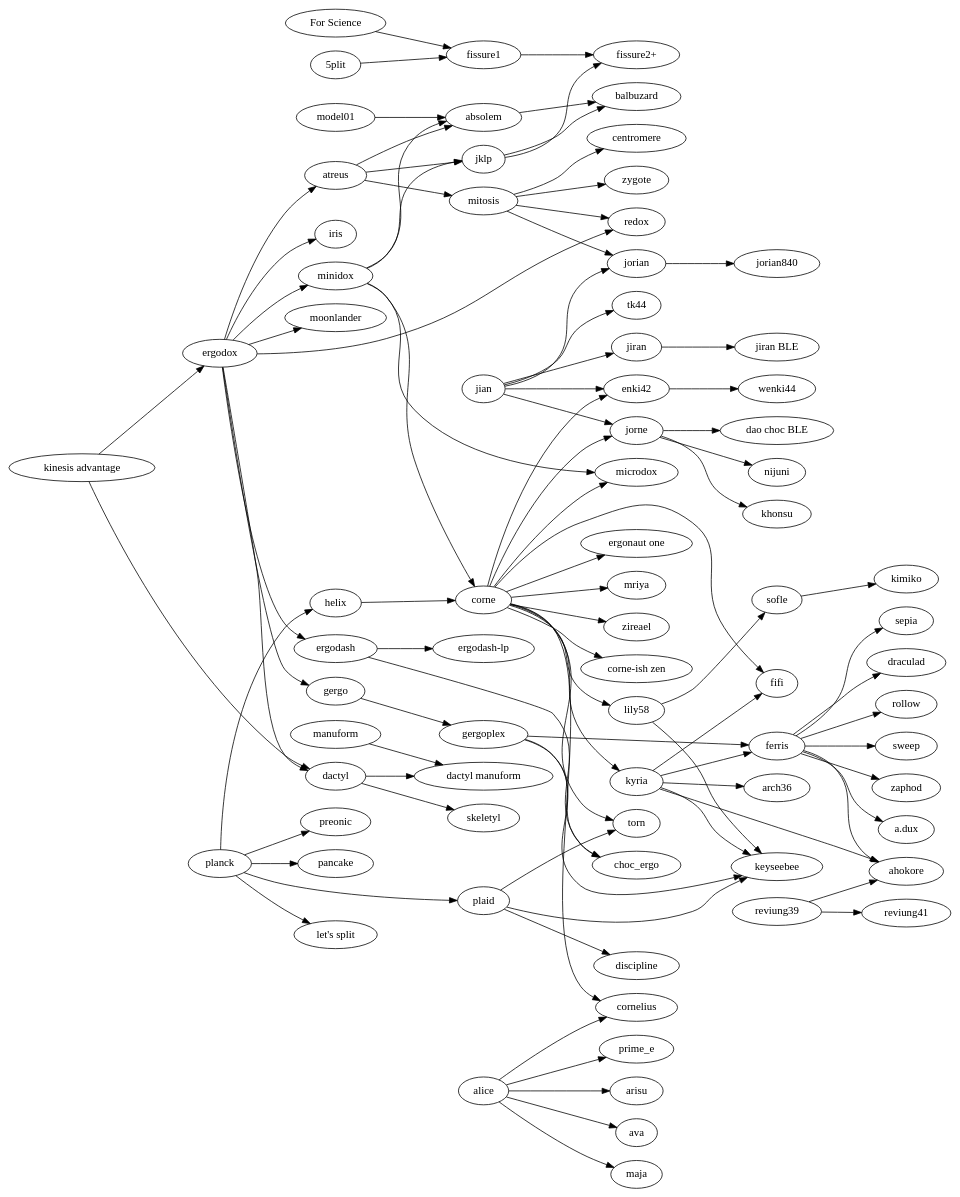
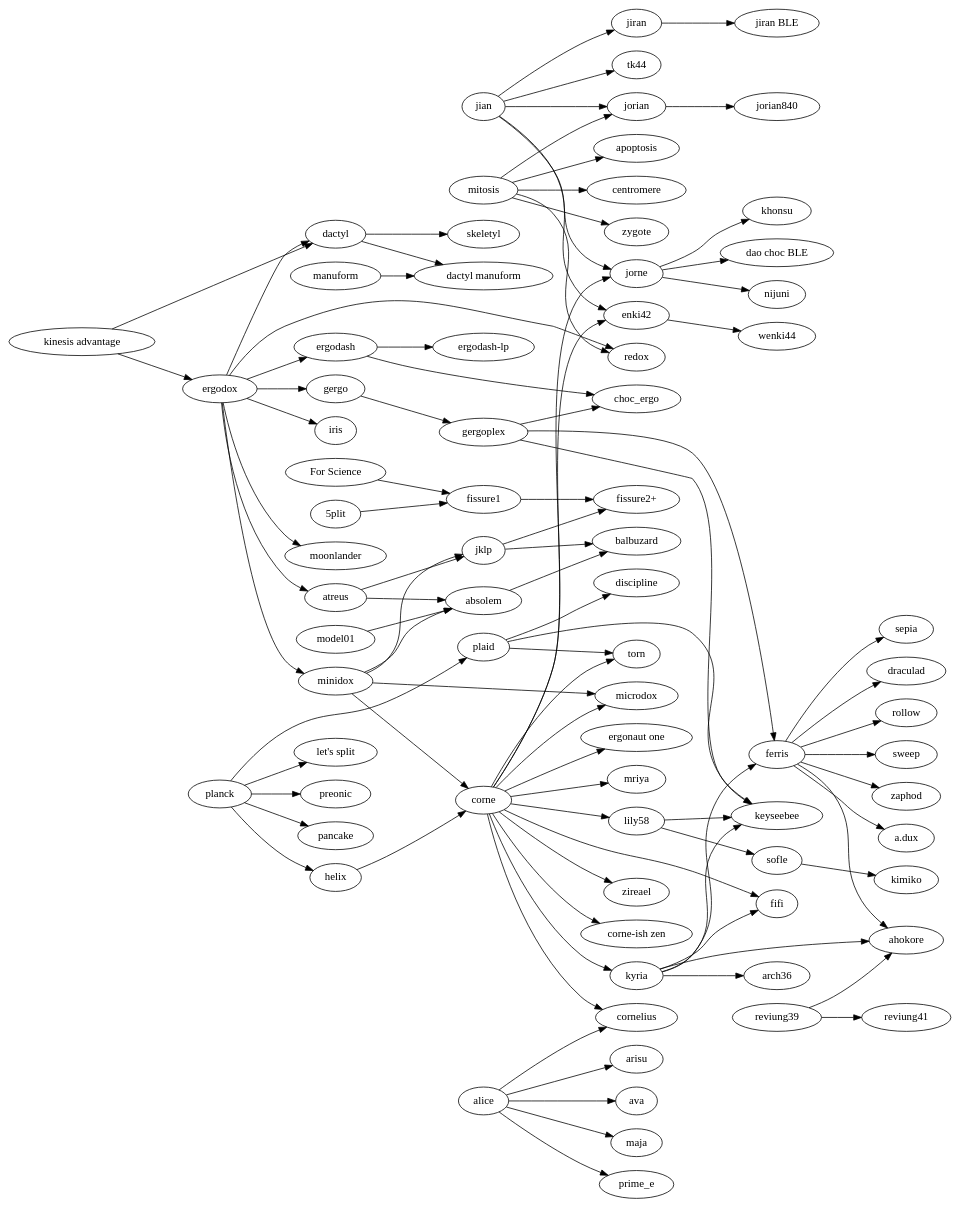
The diagram in tree.gv (joric/graph), drawn with Graphviz before and after one commit.

```diff
--- a/tree.gv
+++ b/tree.gv
@@ -1,163 +1,163 @@
 digraph {
   rankdir=LR;
 
   subgraph splits {
     helix -> corne;
     enki42->wenki44;
     jiran->"jiran BLE";
     jorian->jorian840;
-    atreus->mitosis;
 
     jian -> {
       jorian;
       jorne;
       jiran;
       enki42;
       tk44;
     }
 
     jorne -> {
       nijuni;
       khonsu;
       "dao choc BLE";
     }
 
     mitosis -> {
+      apoptosis;
       redox;
       centromere;
       zygote;
       jorian;
     }
 
     corne -> {
       "corne-ish zen";
       cornelius;
       fifi;
       kyria;
       lily58;
       microdox;
       torn;
       jorne;
       "ergonaut one";
       mriya;
       zireael;
       enki42;
     };
 
     lily58 -> {
       keyseebee;
       sofle;
     };
 
     kyria -> {
         ahokore;
         arch36;
         ferris;
         fifi;
         keyseebee;
     };
 
     "kinesis advantage" -> {
       ergodox;
       dactyl;
     };
 
     ergodox -> {
       atreus;
       dactyl;
       ergodash;
       gergo;
       iris;
       minidox;
       moonlander;
       redox;
     };
 
     ergodash -> {
       "ergodash-lp";
       choc_ergo;
     };
 
     gergo -> gergoplex;
     gergoplex -> {
       choc_ergo;
       ferris;
       keyseebee;
     };
 
     ferris -> {
       ahokore;
       sepia;
       draculad;
       rollow;
       sweep;
       zaphod;
       "a.dux";
     };
 
     manuform -> "dactyl manuform";
 
     minidox -> {
       absolem;
       corne;
       microdox;
       jklp;
     };
 
     model01 -> {
       absolem;
     };
 
     sofle -> kimiko;
 
     "5plit" -> "fissure1";
     "For Science" -> "fissure1";
     fissure1 -> "fissure2+";
     jklp -> "fissure2+";
   }
 
   subgraph unibody {
     atreus -> {
       absolem;
       jklp;
     };
     jklp -> balbuzard;
     absolem -> balbuzard;
     reviung39 -> {
       ahokore;
       reviung41;
     };
   };
 
   subgraph ortholinear {
     plaid -> {
       discipline;
       keyseebee;
       torn;
     };
     planck -> {
       helix;
       "let's split";
       plaid;
       preonic;
       pancake;
     };
   }
 
   subgraph {
     dactyl -> {
       "dactyl manuform";
       skeletyl;
     }
   }
 
   subgraph alicefamily {
     alice -> {
       arisu;
       ava;
       cornelius;
       maja;
       prime_e;
     }
   }
 }
```
